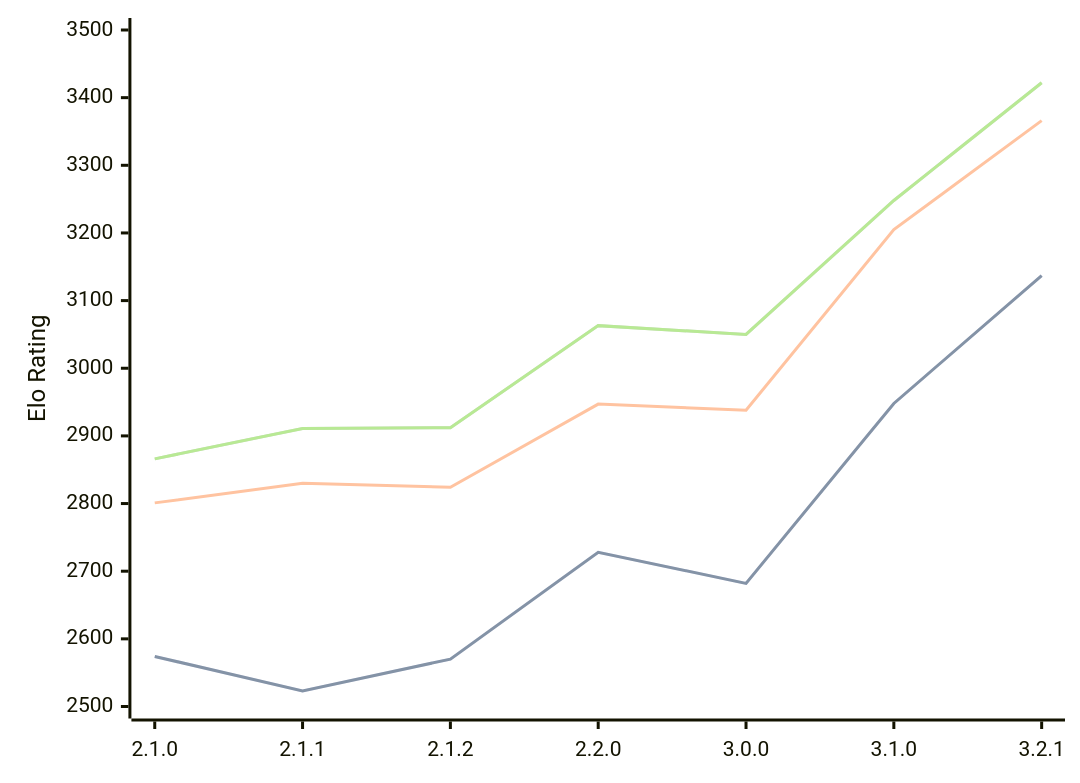
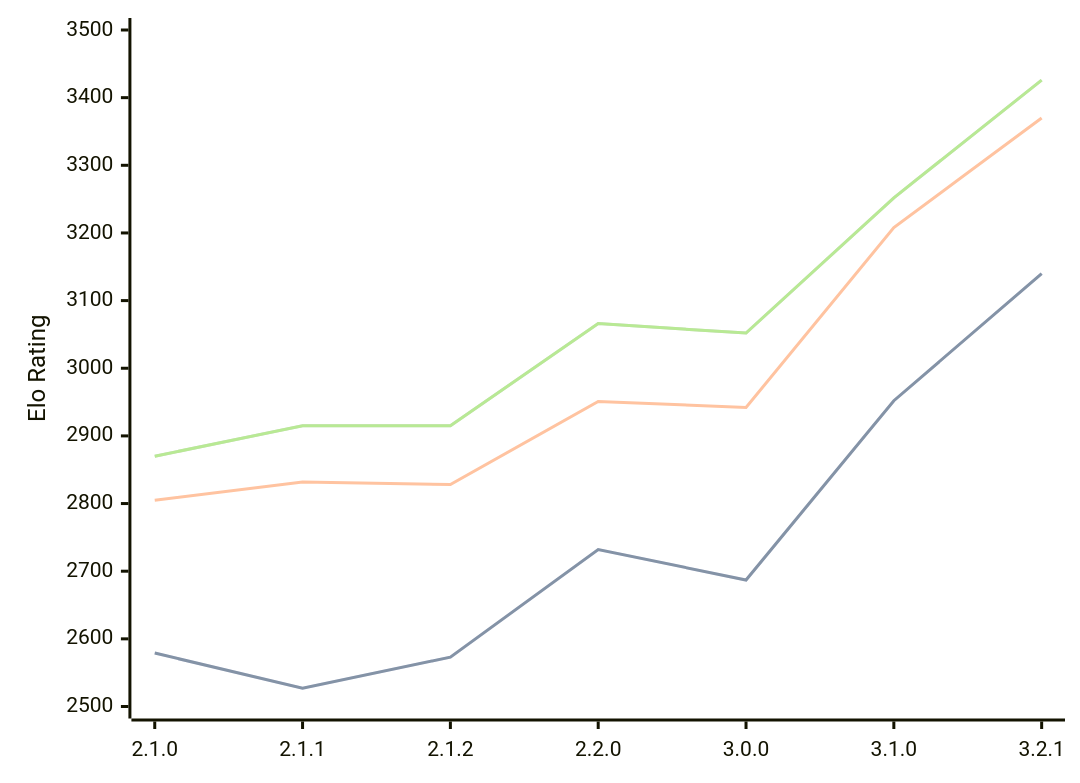
One commit to computer-chess-index/cci changed the diagram in engines/Prune.md. Above: the diagram before and after it, drawn with Mermaid. The commit also changed other lines of this file, not shown here.

Commit message:
Update CCI Ratings (ELO VLTC) - 2026-05-02

````diff
--- a/engines/Prune.md
+++ b/engines/Prune.md
@@ -42,11 +42,11 @@
 ```mermaid
 %%{init: {"theme":"base","themeVariables":{"seriesColors:['#a3a3a3','#222221','#faa371']}}}%%
 xychart-beta
   x-axis ["2.1.0", "2.1.1", "2.1.2", "2.2.0", "3.0.0", "3.1.0", "3.2.1"]
   y-axis "Elo Rating" 2500 --> 3500
-  line "STC (8.0+0.08s)" [2574, 2523, 2570, 2728, 2682, 2948, 3137]
-  line "STC (8.0+0.08s)" [2574, 2523, 2570, 2728, 2682, 2948, 3137]
-  line "LTC (60.0+0.60s)" [2801, 2830, 2824, 2947, 2938, 3205, 3366]
-  line "VLTC (2m24s+1.12s)" [2866, 2911, 2912, 3063, 3050, 3248, 3422]
-  line "VLTC (2m24s+1.12s)" [2866, 2911, 2912, 3063, 3050, 3248, 3422]
+  line "STC (8.0+0.08s)" [2579, 2527, 2573, 2732, 2687, 2952, 3140]
+  line "STC (8.0+0.08s)" [2579, 2527, 2573, 2732, 2687, 2952, 3140]
+  line "LTC (60.0+0.60s)" [2805, 2832, 2828, 2951, 2942, 3208, 3370]
+  line "VLTC (2m24s+1.12s)" [2870, 2915, 2915, 3066, 3052, 3252, 3426]
+  line "VLTC (2m24s+1.12s)" [2870, 2915, 2915, 3066, 3052, 3252, 3426]
 ```
````
